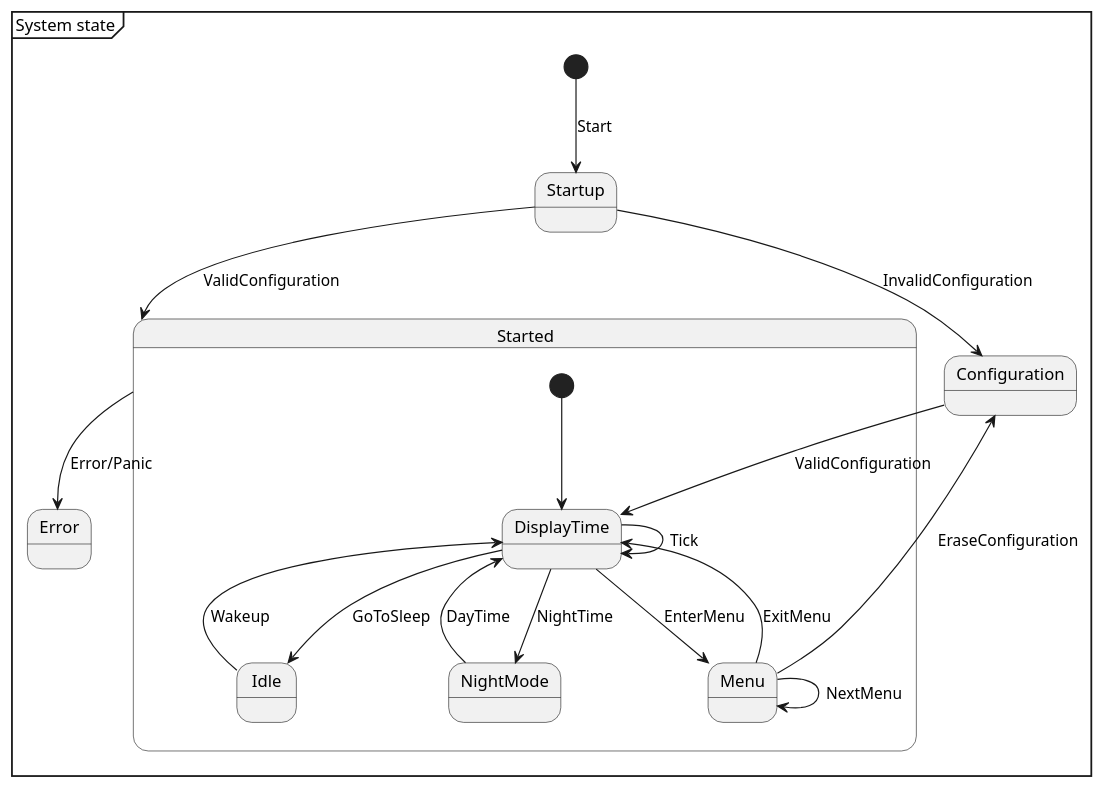
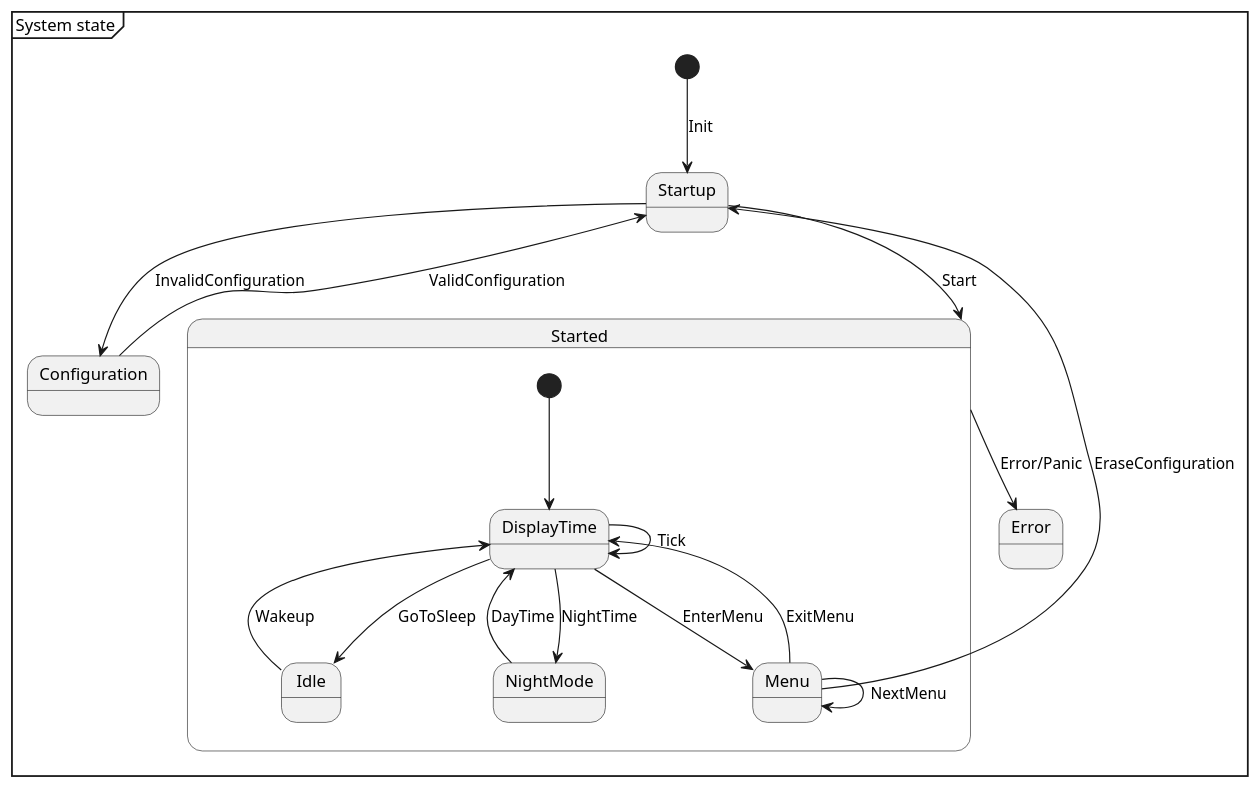
Before and after one commit to lmayencourt/wordclock: the diagram in doc/uml/1_problem_description/use_case/system_state.puml, drawn with PlantUML. The commit also changed 5 other files, not shown here.

```diff
--- a/doc/uml/1_problem_description/use_case/system_state.puml
+++ b/doc/uml/1_problem_description/use_case/system_state.puml
@@ -1,40 +1,40 @@
 @startuml
 
 mainframe System state
 
 state Startup
 state Configuration
 state Started {
     state DisplayTime
     state NightMode
     state Menu
     state Idle
 }
 state Error
 
-[*] --> Startup: Start
+[*] --> Startup: Init
 
 Startup --> Configuration: InvalidConfiguration
-Startup --> Started: ValidConfiguration
+Startup --> Started: Start
 
 state Started {
-    Configuration --> DisplayTime: ValidConfiguration
+    Configuration -> Startup: ValidConfiguration
 
     [*] --> DisplayTime
     DisplayTime --> Menu: EnterMenu
     Menu --> Menu: NextMenu
     Menu --> DisplayTime: ExitMenu
-    Menu -up-> Configuration: EraseConfiguration
+    Menu -up-> Startup: EraseConfiguration
 
     DisplayTime --> Idle: GoToSleep
     DisplayTime <-- Idle: Wakeup
     DisplayTime -> DisplayTime: Tick
 
     DisplayTime --> NightMode: NightTime
     DisplayTime <-- NightMode: DayTime
 }
 
 Started --> Error: Error/Panic
 ' Configuration --> Error: Error/Panic
 
 @enduml
```
